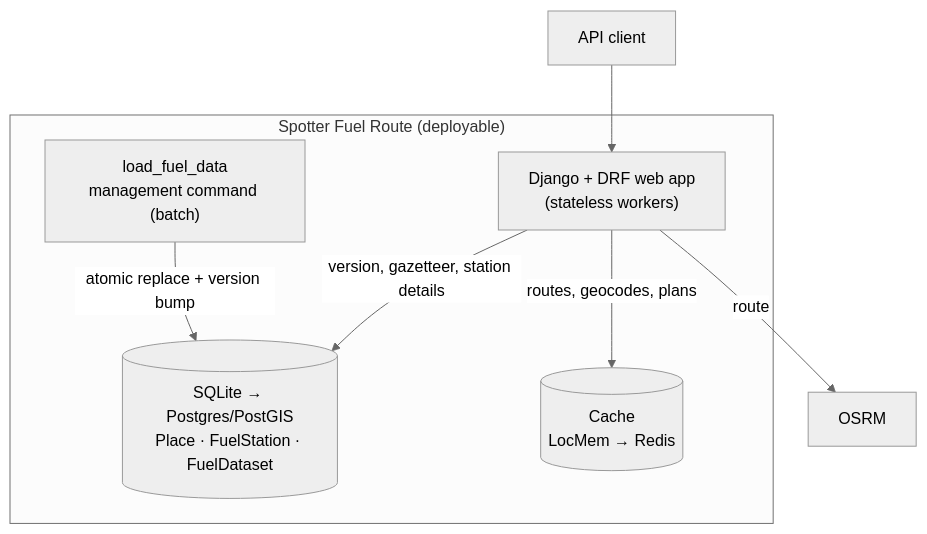
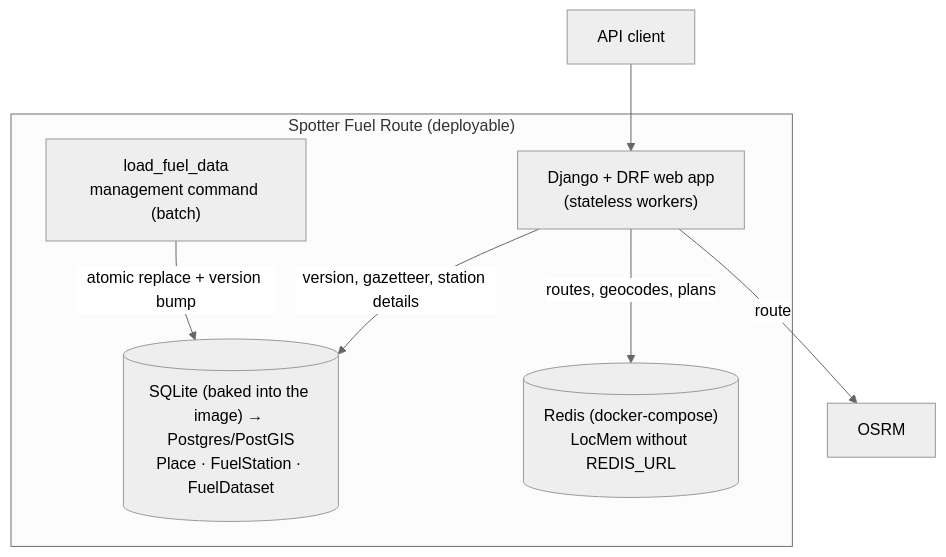
Before and after one commit to oscar-rolando-alvarez/spotter-fuel-route: the second of 5 diagrams in docs/architecture.md, drawn with Mermaid (neutral theme). The commit also changed 14 other files, not shown here.

First line of the commit message:
Dockerize: multi-stage image, compose stack with Redis and load-test profile

````diff
--- a/docs/architecture.md
+++ b/docs/architecture.md
@@ -37,16 +37,16 @@
 ```mermaid
 flowchart TB
     client["API client"]
     subgraph runtime["Spotter Fuel Route (deployable)"]
         api["Django + DRF web app<br/>(stateless workers)"]
         loader["load_fuel_data<br/>management command (batch)"]
-        db[("SQLite → Postgres/PostGIS<br/>Place · FuelStation · FuelDataset")]
-        cache[("Cache<br/>LocMem → Redis")]
+        db[("SQLite (baked into the image) → Postgres/PostGIS<br/>Place · FuelStation · FuelDataset")]
+        cache[("Redis (docker-compose)<br/>LocMem without REDIS_URL")]
     end
     osrm["OSRM"]
     client --> api
     api -- "version, gazetteer, station details" --> db
     api -- "routes, geocodes, plans" --> cache
     api -- "route" --> osrm
     loader -- "atomic replace + version bump" --> db
 ```
````
